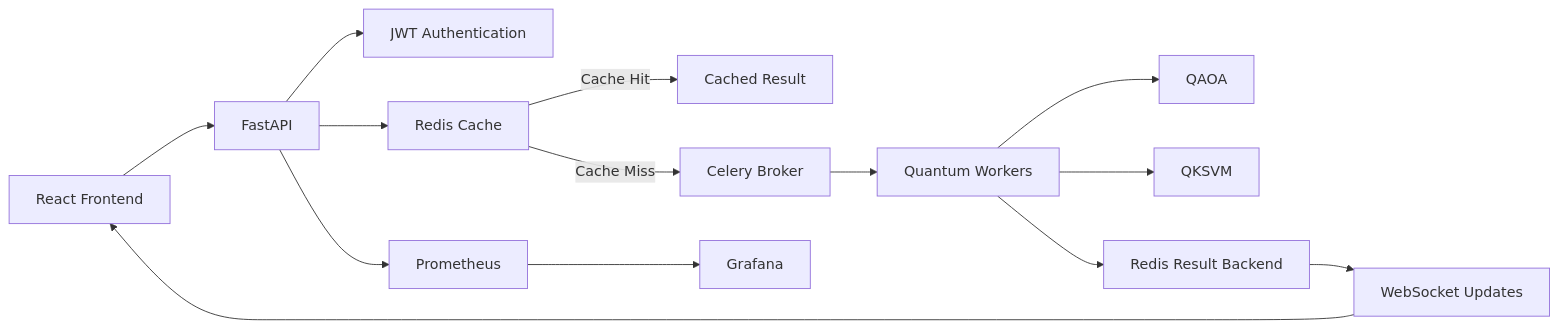
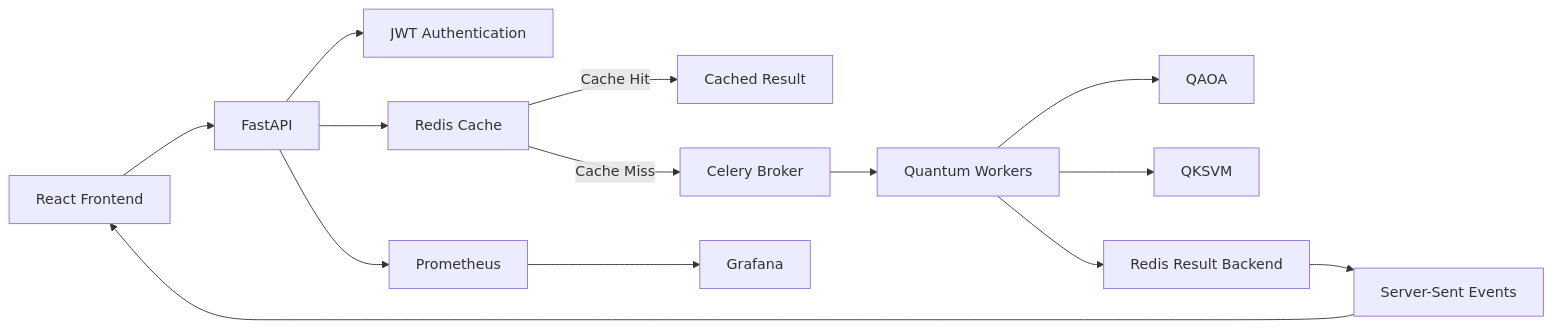
Before and after one commit to thrilokmanjunath/EV-Battery-Quantum: the diagram in README.md, drawn with Mermaid. The commit also changed other lines of this file and 65 other files, not shown here.

````diff
--- a/README.md
+++ b/README.md
@@ -17,22 +18,22 @@
 ```mermaid
 flowchart LR
     UI[React Frontend] --> API[FastAPI]
     API --> AUTH[JWT Authentication]
     API --> CACHE[Redis Cache]
 
     CACHE -->|Cache Hit| RESULT[Cached Result]
 
     CACHE -->|Cache Miss| CELERY[Celery Broker]
     CELERY --> WORKER[Quantum Workers]
 
     WORKER --> QAOA[QAOA]
     WORKER --> QKSVM[QKSVM]
 
     WORKER --> REDIS_RESULT[Redis Result Backend]
 
-    REDIS_RESULT --> WS[WebSocket Updates]
-    WS --> UI
+    REDIS_RESULT --> SSE[Server-Sent Events]
+    SSE --> UI
 
     API --> PROM[Prometheus]
     PROM --> GRAFANA[Grafana]
 ```
````
